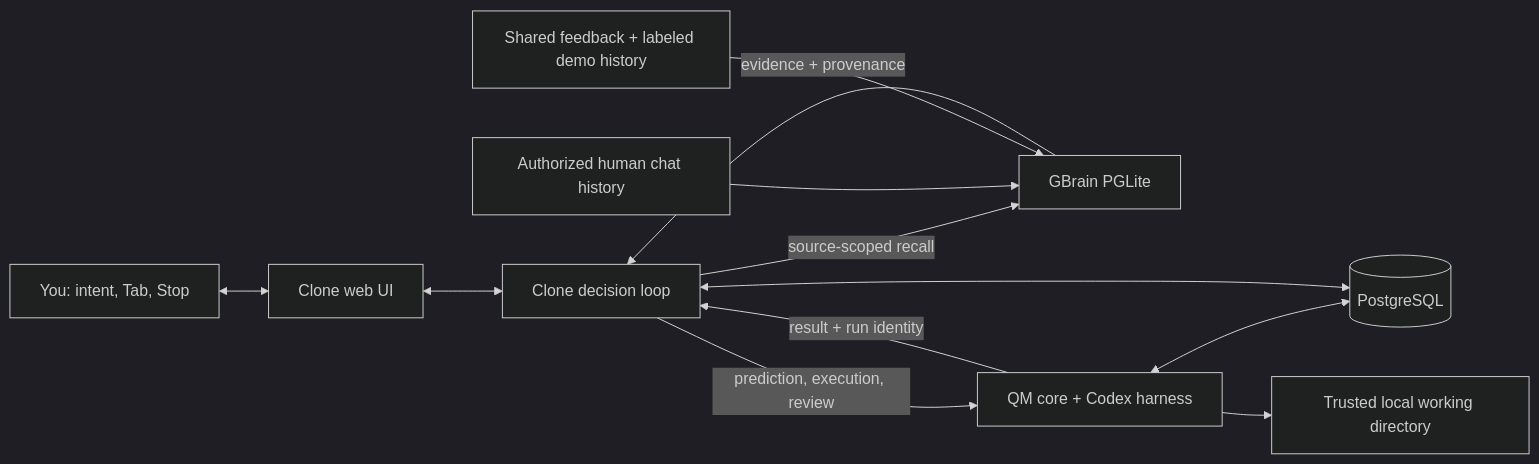
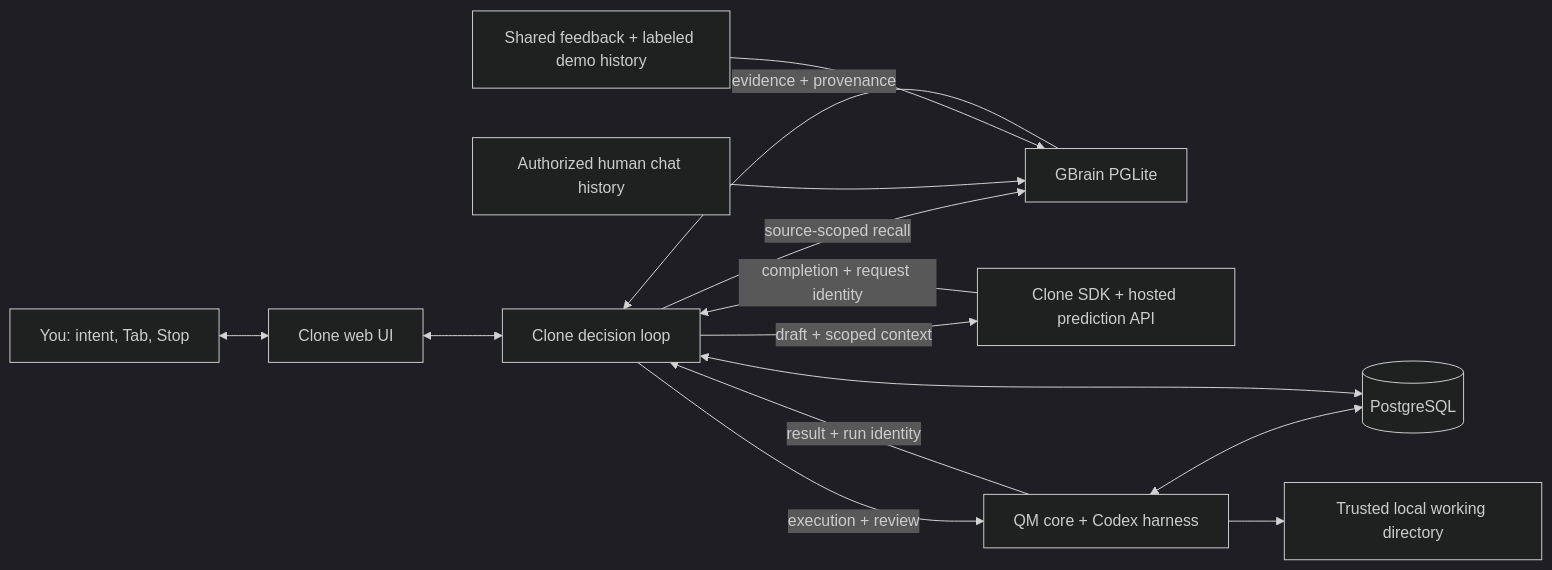
The diagram in README.md (cloneismin/clone-in-the-loop), drawn with Mermaid (dark theme) before and after one commit. The commit also changed other lines of this file and 21 other files, not shown here.

Commit message:
Integrate Clone SDK for prompt prediction and draft completion

````diff
--- a/README.md
+++ b/README.md
@@ -78,14 +79,16 @@
 ```mermaid
 flowchart LR
   User["You: intent, Tab, Stop"] <--> UI["Clone web UI"]
   UI <--> Loop["Clone decision loop"]
   Loop -->|"source-scoped recall"| Brain["GBrain PGLite"]
   Histories["Authorized human chat history"] --> Brain
   Shared["Shared feedback + labeled demo history"] --> Brain
   Brain -->|"evidence + provenance"| Loop
-  Loop -->|"prediction, execution, review"| QM["QM core + Codex harness"]
+  Loop -->|"draft + scoped context"| SDK["Clone SDK + hosted prediction API"]
+  SDK -->|"completion + request identity"| Loop
+  Loop -->|"execution + review"| QM["QM core + Codex harness"]
   QM -->|"result + run identity"| Loop
   QM <--> PG[("PostgreSQL")]
   Loop <--> PG
   QM --> Workspace["Trusted local working directory"]
 ```
````
